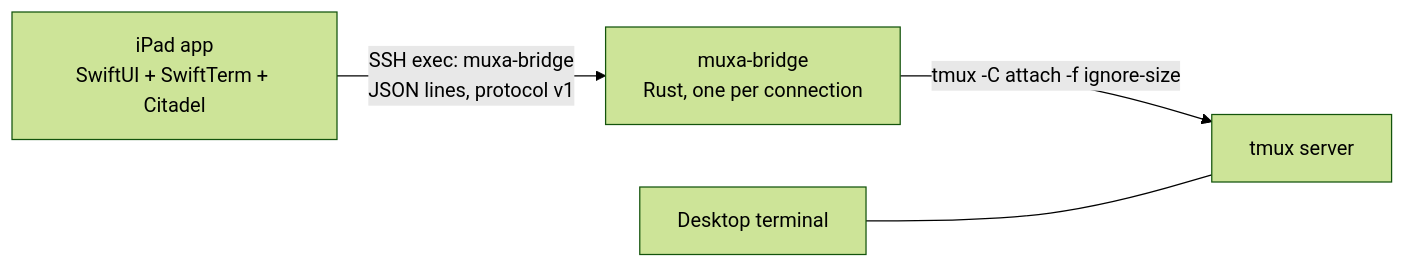
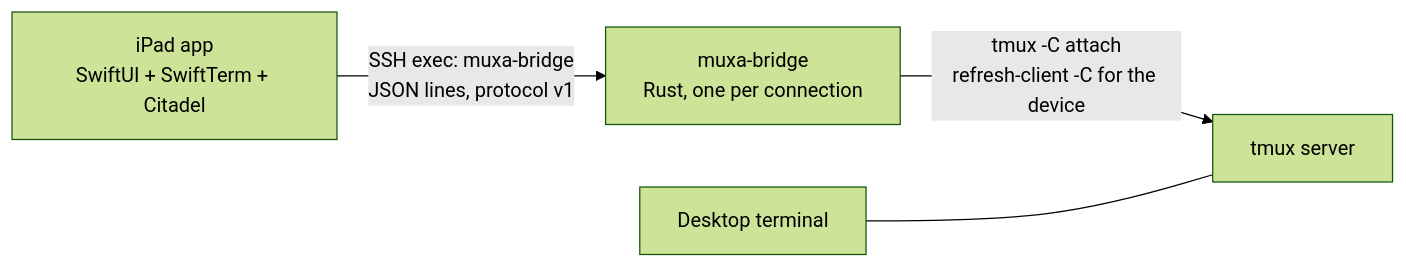
The diagram in docs/plan.md (xdgetech/muxa), drawn with Mermaid (forest theme) before and after one commit. The commit also changed other lines of this file and 6 other files, not shown here.

First line of the commit message:
docs: ADR 0020, the window size follows the device in use

````diff
--- a/docs/plan.md
+++ b/docs/plan.md
@@ -59,6 +59,6 @@
 ```mermaid
 flowchart LR
   iPad[iPad app<br/>SwiftUI + SwiftTerm + Citadel] -- "SSH exec: muxa-bridge<br/>JSON lines, protocol v1" --> B[muxa-bridge<br/>Rust, one per connection]
-  B -- "tmux -C attach -f ignore-size" --> T[tmux server]
+  B -- "tmux -C attach<br/>refresh-client -C for the device" --> T[tmux server]
   Mac[Desktop terminal] --- T
 ```
````
